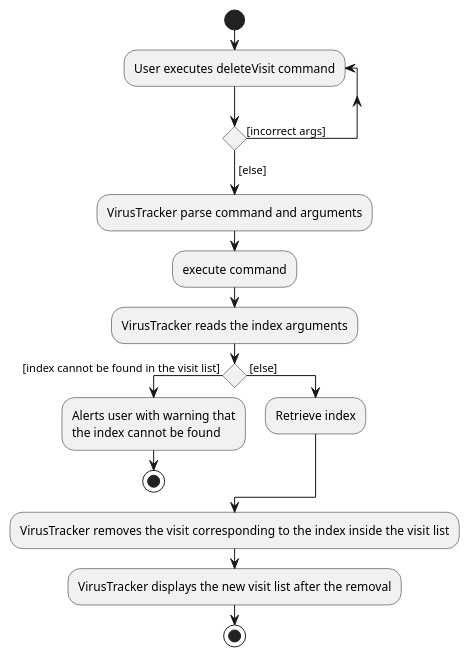
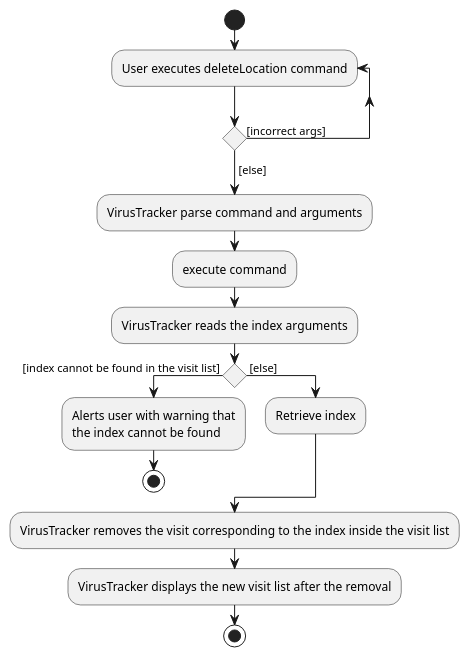
One commit to siangernlow/tp changed the diagram in docs/diagrams/DeleteVisitActivityDiagram.puml. Above: the diagram before and after it, drawn with PlantUML. The commit also changed 11 other files, not shown here.

```diff
--- a/docs/diagrams/DeleteVisitActivityDiagram.puml
+++ b/docs/diagrams/DeleteVisitActivityDiagram.puml
@@ -1,31 +1,31 @@
 @startuml
 start
 
 'Since the beta syntax does not support placing the condition outside the
 'diamond we place it as the true branch instead.
 
-repeat :User executes deleteVisit command;
+repeat :User executes deleteLocation command;
 repeat while () is ([incorrect args])
 ->[else];
 
 :VirusTracker parse command and arguments;
 
 :execute command;
 
 :VirusTracker reads the index arguments;
 
 if () then ( [index cannot be found in the visit list] )
         :Alerts user with warning that
         the index cannot be found;
         stop
     else ( [else] )
         :Retrieve index;
     endif
 
 :VirusTracker removes the visit corresponding to the index inside the visit list;
 
 :VirusTracker displays the new visit list after the removal;
 
 stop
 
 @enduml
```
